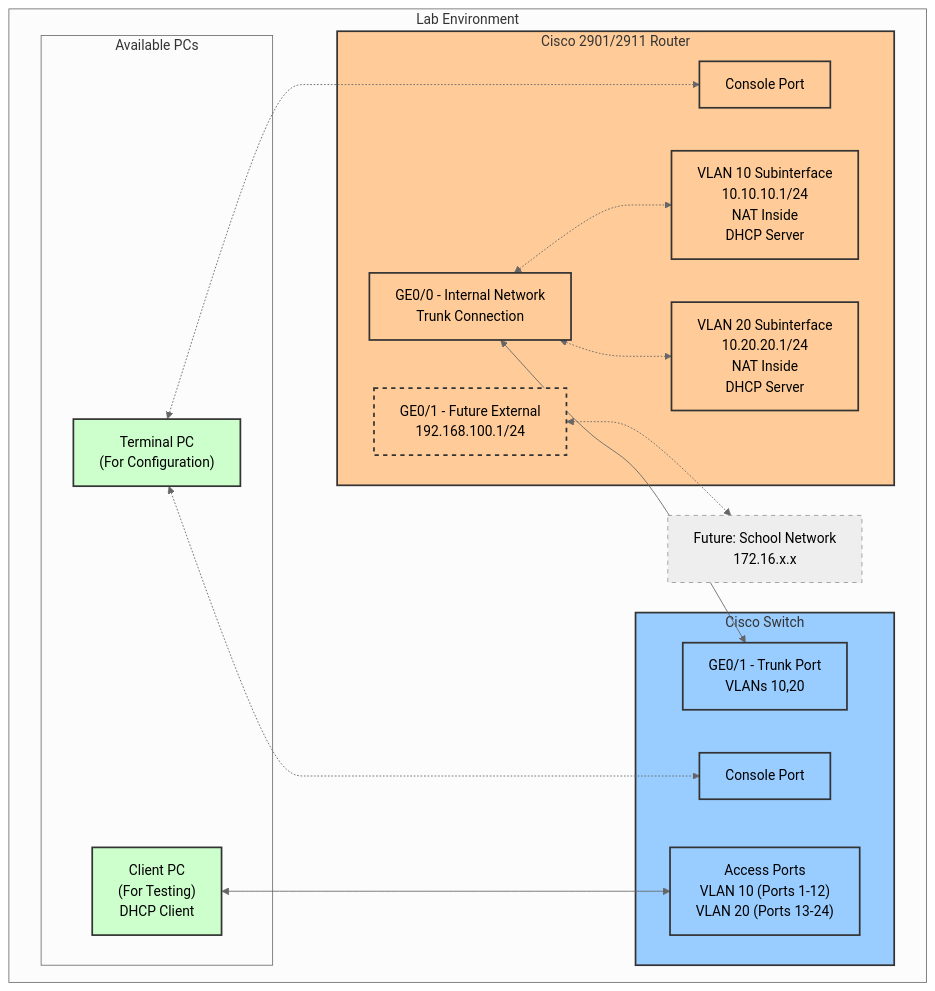
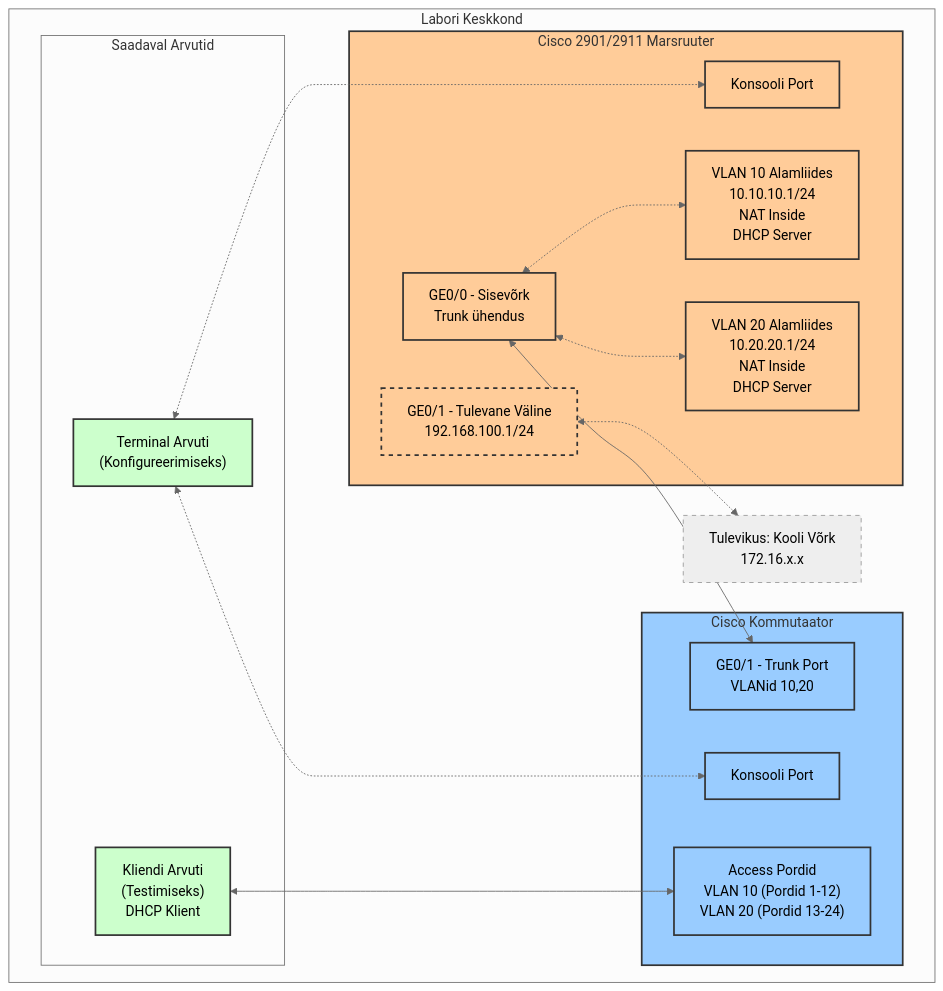
The diagram in Labs/Lab26_310_Router_NAT.md (Haapsalu-Kutsehariduskeskus/av), drawn with Mermaid (neutral theme) before and after one commit. The commit also changed other lines of this file and 1 other file, not shown here.

````diff
--- a/Labs/Lab26_310_Router_NAT.md
+++ b/Labs/Lab26_310_Router_NAT.md
@@ -19,44 +69,44 @@
 ```mermaid
 flowchart TB
-    subgraph "Lab Environment"
-        subgraph Router["Cisco 2901/2911 Router"]
-            RouterGE0["GE0/0 - Internal Network<br>Trunk Connection"]
-            RouterGE1["GE0/1 - Future External<br>192.168.100.1/24"]
-            RouterVLAN10["VLAN 10 Subinterface<br>10.10.10.1/24<br>NAT Inside<br>DHCP Server"]
-            RouterVLAN20["VLAN 20 Subinterface<br>10.20.20.1/24<br>NAT Inside<br>DHCP Server"]
-            ConsolePR["Console Port"]
+    subgraph "Labori Keskkond"
+        subgraph Router["Cisco 2901/2911 Marsruuter"]
+            RouterGE0["GE0/0 - Sisevõrk<br>Trunk ühendus"]
+            RouterGE1["GE0/1 - Tulevane Väline<br>192.168.100.1/24"]
+            RouterVLAN10["VLAN 10 Alamliides<br>10.10.10.1/24<br>NAT Inside<br>DHCP Server"]
+            RouterVLAN20["VLAN 20 Alamliides<br>10.20.20.1/24<br>NAT Inside<br>DHCP Server"]
+            ConsolePR["Konsooli Port"]
         end
 
-        subgraph Switch["Cisco Switch"]
-            SwitchTrunk["GE0/1 - Trunk Port<br>VLANs 10,20"]
-            SwitchPorts["Access Ports<br>VLAN 10 (Ports 1-12)<br>VLAN 20 (Ports 13-24)"]
-            ConsolePS["Console Port"]
+        subgraph Switch["Cisco Kommutaator"]
+            SwitchTrunk["GE0/1 - Trunk Port<br>VLANid 10,20"]
+            SwitchPorts["Access Pordid<br>VLAN 10 (Pordid 1-12)<br>VLAN 20 (Pordid 13-24)"]
+            ConsolePS["Konsooli Port"]
         end
 
-        subgraph PCs["Available PCs"]
-            TerminalPC["Terminal PC<br>(For Configuration)"]
-            ClientPC["Client PC<br>(For Testing)<br>DHCP Client"]
+        subgraph PCs["Saadaval Arvutid"]
+            TerminalPC["Terminal Arvuti<br>(Konfigureerimiseks)"]
+            ClientPC["Kliendi Arvuti<br>(Testimiseks)<br>DHCP Klient"]
         end
 
-        %% Physical connections
+        %% Füüsilised ühendused
         RouterGE0 <--> SwitchTrunk
-        RouterGE1 <-.-> Internet["Future: School Network<br>172.16.x.x"]
+        RouterGE1 <-.-> Internet["Tulevikus: Kooli Võrk<br>172.16.x.x"]
         TerminalPC <-..-> ConsolePR
         TerminalPC <-..-> ConsolePS
         ClientPC <--> SwitchPorts
         
-        %% Logical connections
+        %% Loogilised ühendused
         RouterGE0 <-.-> RouterVLAN10
         RouterGE0 <-.-> RouterVLAN20
     end
     
     classDef router fill:#ffcc99,stroke:#333,stroke-width:2px;
     classDef switch fill:#99ccff,stroke:#333,stroke-width:2px;
     classDef client fill:#ccffcc,stroke:#333,stroke-width:2px;
     classDef future stroke-dasharray: 5 5;
     
     class Router,RouterGE0,RouterGE1,RouterVLAN10,RouterVLAN20,ConsolePR router;
     class Switch,SwitchTrunk,SwitchPorts,ConsolePS switch;
     class TerminalPC,ClientPC client;
     class Internet,RouterGE1 future;
 ```
````
